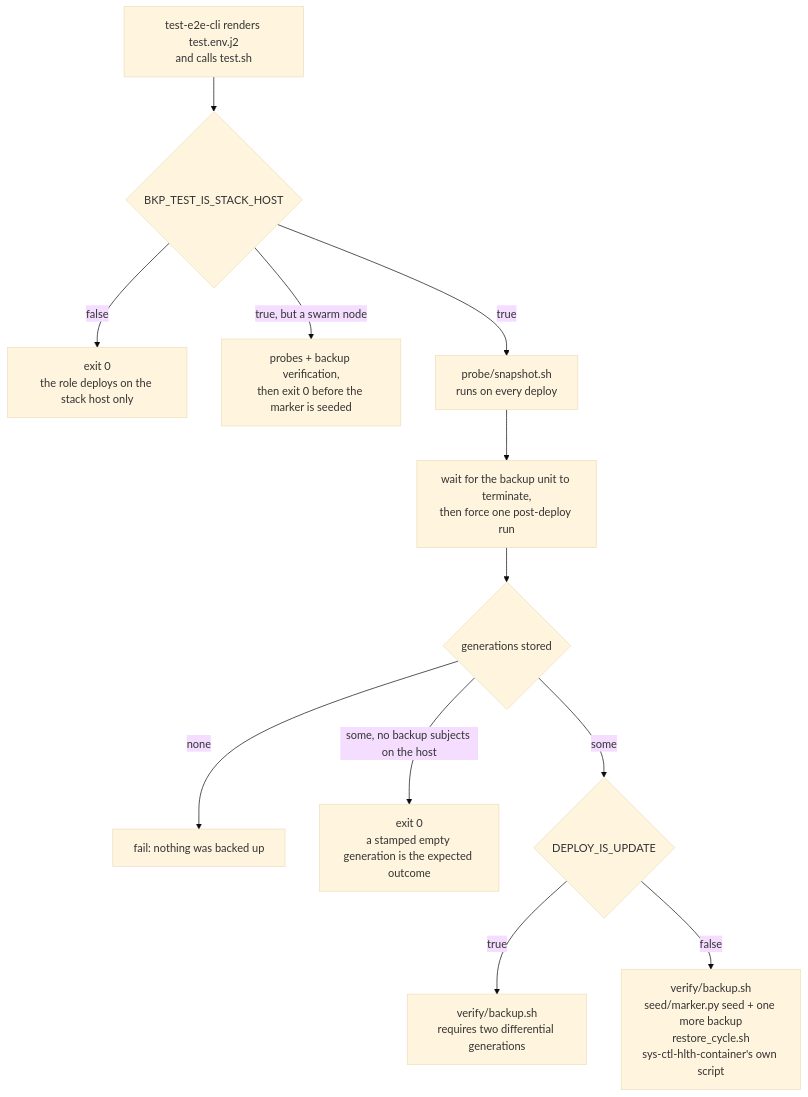
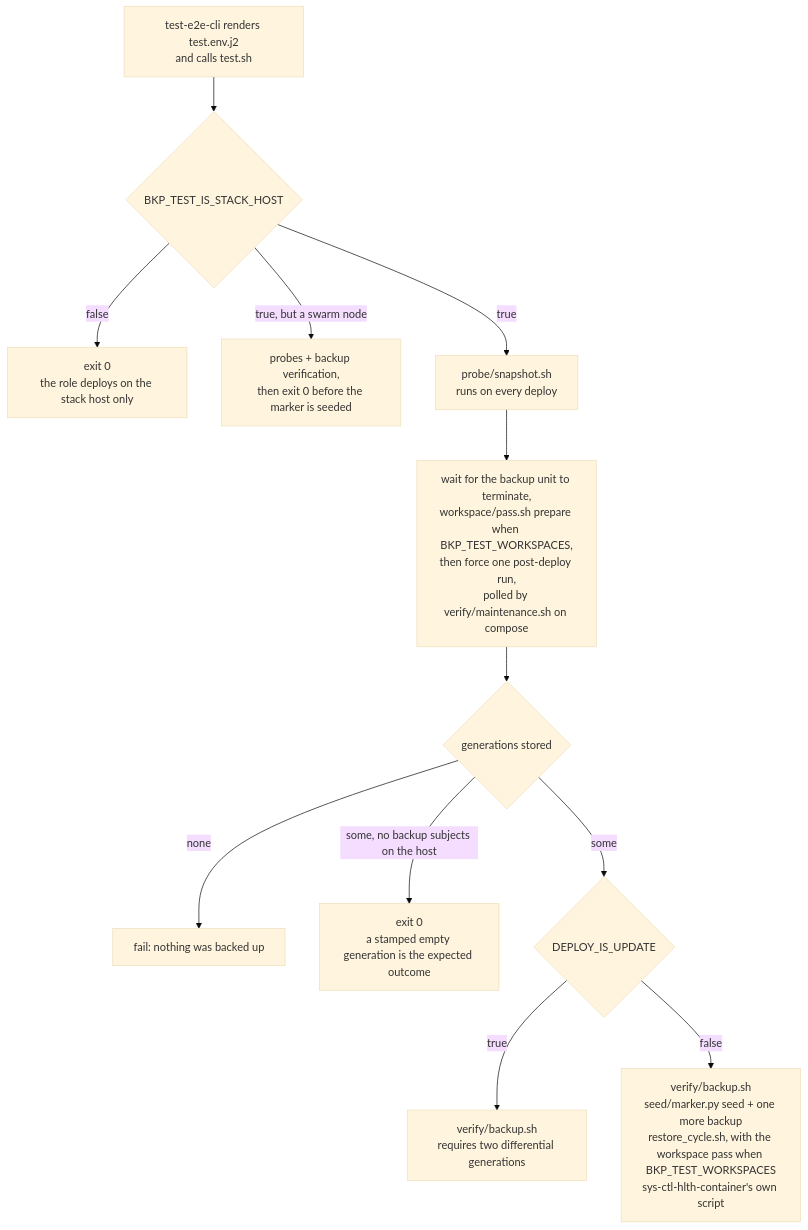
Before and after one commit to infinito-nexus/core: the first of 5 diagrams in roles/svc-bkp-volume-2-local/files/test/README.md, drawn with Mermaid (base theme). The commit also changed other lines of this file and 645 other files, not shown here.

First line of the commit message:
feat(workspaces): run every store workspace through the core platform

````diff
--- a/roles/svc-bkp-volume-2-local/files/test/README.md
+++ b/roles/svc-bkp-volume-2-local/files/test/README.md
@@ -14,14 +14,14 @@
 ```mermaid
 flowchart TD
     ENV["test-e2e-cli renders test.env.j2<br>and calls test.sh"] --> HOST{"BKP_TEST_IS_STACK_HOST"}
     HOST -->|false| SKIP["exit 0<br>the role deploys on the stack host only"]
     HOST -->|"true, but a swarm node"| SWARMSKIP["probes + backup verification,<br>then exit 0 before the marker is seeded"]
     HOST -->|true| PROBE["probe/snapshot.sh<br>runs on every deploy"]
-    PROBE --> WAIT["wait for the backup unit to terminate,<br>then force one post-deploy run"]
+    PROBE --> WAIT["wait for the backup unit to terminate,<br>workspace/pass.sh prepare when BKP_TEST_WORKSPACES,<br>then force one post-deploy run,<br>polled by verify/maintenance.sh on compose"]
     WAIT --> COUNT{"generations stored"}
     COUNT -->|none| FAIL["fail: nothing was backed up"]
     COUNT -->|"some, no backup subjects on the host"| EMPTY["exit 0<br>a stamped empty generation is the expected outcome"]
     COUNT -->|some| PASS{"DEPLOY_IS_UPDATE"}
     PASS -->|true| UPDATE["verify/backup.sh<br>requires two differential generations"]
-    PASS -->|false| FIRST["verify/backup.sh<br>seed/marker.py seed + one more backup<br>restore_cycle.sh<br>sys-ctl-hlth-container's own script"]
+    PASS -->|false| FIRST["verify/backup.sh<br>seed/marker.py seed + one more backup<br>restore_cycle.sh, with the workspace pass when BKP_TEST_WORKSPACES<br>sys-ctl-hlth-container's own script"]
 ```
````
